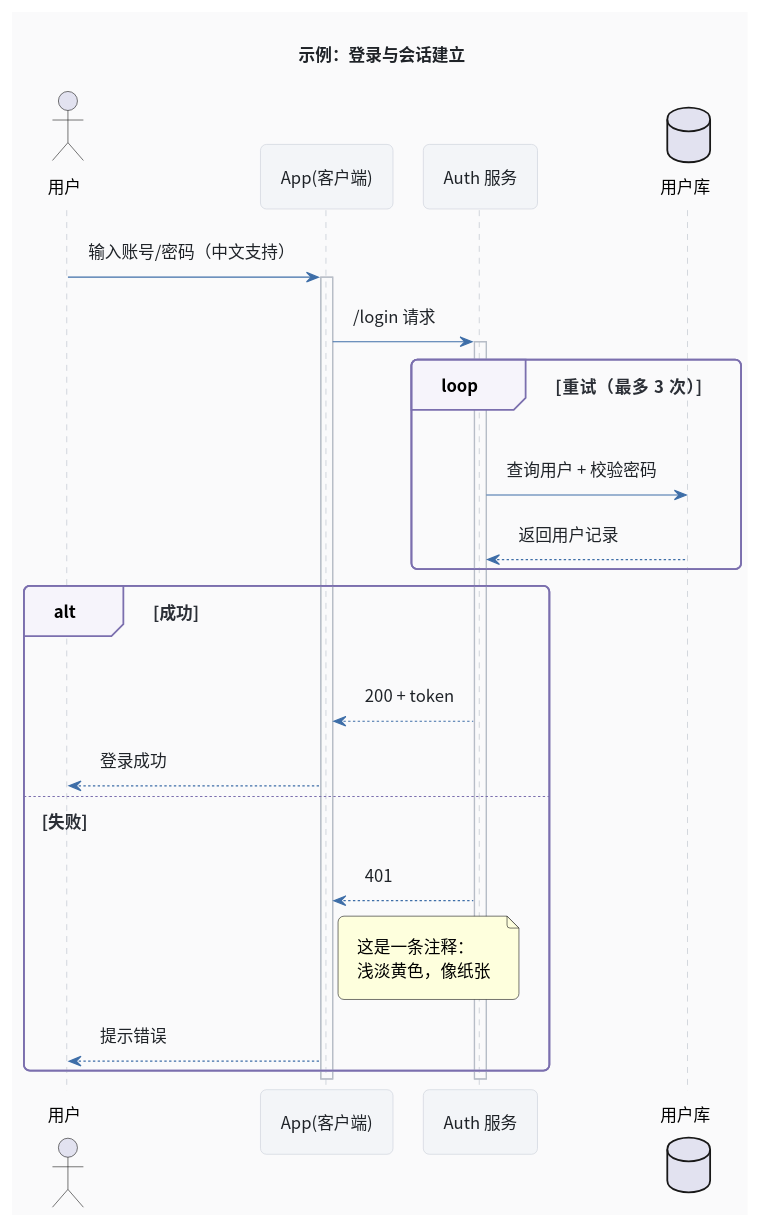
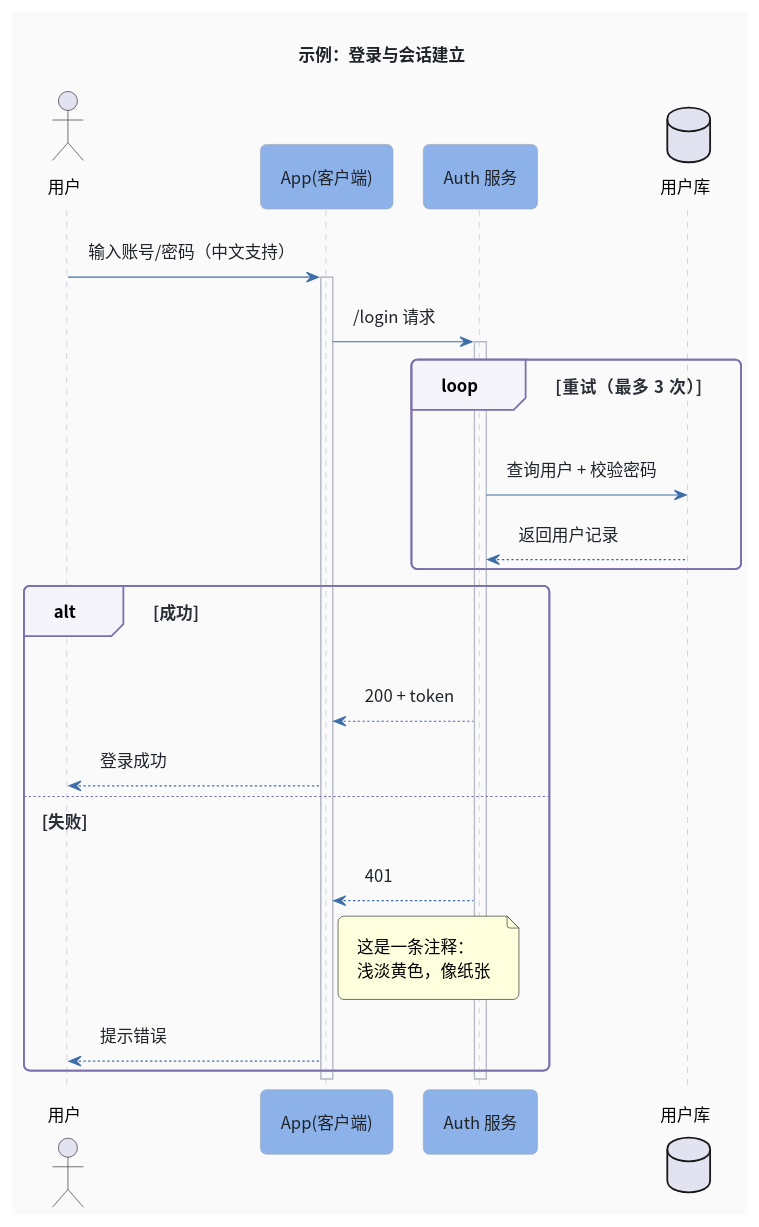
The diagram in assets/plantuml-template/seq-template.puml (Ethen-Cao/ethenslab), drawn with PlantUML before and after one commit. The commit also changed 3 other files, not shown here.

```diff
--- a/assets/plantuml-template/seq-template.puml
+++ b/assets/plantuml-template/seq-template.puml
@@ -1,92 +1,91 @@
 @startuml
 ' =========================
 '  统一主题：淡雅中文时序图
 ' =========================
 
 ' --- 字体（中文友好：按你机器可用字体择一） ---
 skinparam defaultFontName "Noto Sans CJK SC"
 skinparam defaultFontSize 14
 
 ' --- 抗锯齿/圆角/阴影：整体更柔和 ---
 skinparam shadowing false
 skinparam roundcorner 10
 
 ' --- 背景与主文字：淡雅 + 清晰 ---
 skinparam backgroundColor #FAFAFB
 skinparam TitleFontColor  #1F2328
 
 ' 通用字体颜色（参与者、消息、注释等）
 skinparam sequence {
   FontColor           #1F2328
   LifeLineBorderColor #B7BDC7
   LifeLineBackgroundColor transparent
 
-  ' 参与者框：浅底 + 深字 + 柔边框
-  ParticipantBorderColor #C9CED8
-  ParticipantBackgroundColor #F3F5F8
+  ParticipantBorderColor #9AA4B2
+  ParticipantBackgroundColor #8cb2e9
   ParticipantFontColor #1F2328
 
   ' 消息线条：与 Loop 框线区分（消息偏蓝灰）
   ArrowColor          #3E6EA8
   ArrowFontColor      #1F2328
   MessageAlign        left
 
   ' 激活条：淡蓝灰
   ActivationBorderColor #9FB4CF
   ActivationBackgroundColor #DDE8F5
 
   ' 分组框（loop/alt/opt等）：框线偏紫灰，与消息线区分明显
   GroupBorderColor    #7B6FAE
   GroupFontColor      #2B2F36
   GroupBackgroundColor #F6F4FB
 
   ' 分隔线
   DividerBorderColor  #D5DAE3
   DividerFontColor    #6B7280
 
   ' 注释：浅淡黄色纸张感
   NoteBorderColor     #D2B24C
   NoteBackgroundColor #FFF7D6
   NoteFontColor       #2B2F36
 }
 
 ' 可选：页边距更舒展
 skinparam Padding 10
 
 ' =========================
 '  示例（可删）
 ' =========================
 title 示例：登录与会话建立
 
 actor 用户 as U
 participant "App(客户端)" as APP
 participant "Auth 服务" as AUTH
 database "用户库" as DB
 
 U -> APP : 输入账号/密码（中文支持）
 activate APP
 
 APP -> AUTH : /login 请求
 activate AUTH
 
 loop 重试（最多 3 次）
   AUTH -> DB : 查询用户 + 校验密码
   DB --> AUTH : 返回用户记录
 end
 
 alt 成功
   AUTH --> APP : 200 + token
   APP --> U : 登录成功
 else 失败
   AUTH --> APP : 401
   note right of APP
     这是一条注释：
     浅淡黄色，像纸张
   end note
   APP --> U : 提示错误
 end
 
 deactivate AUTH
 deactivate APP
 
 @enduml
```
